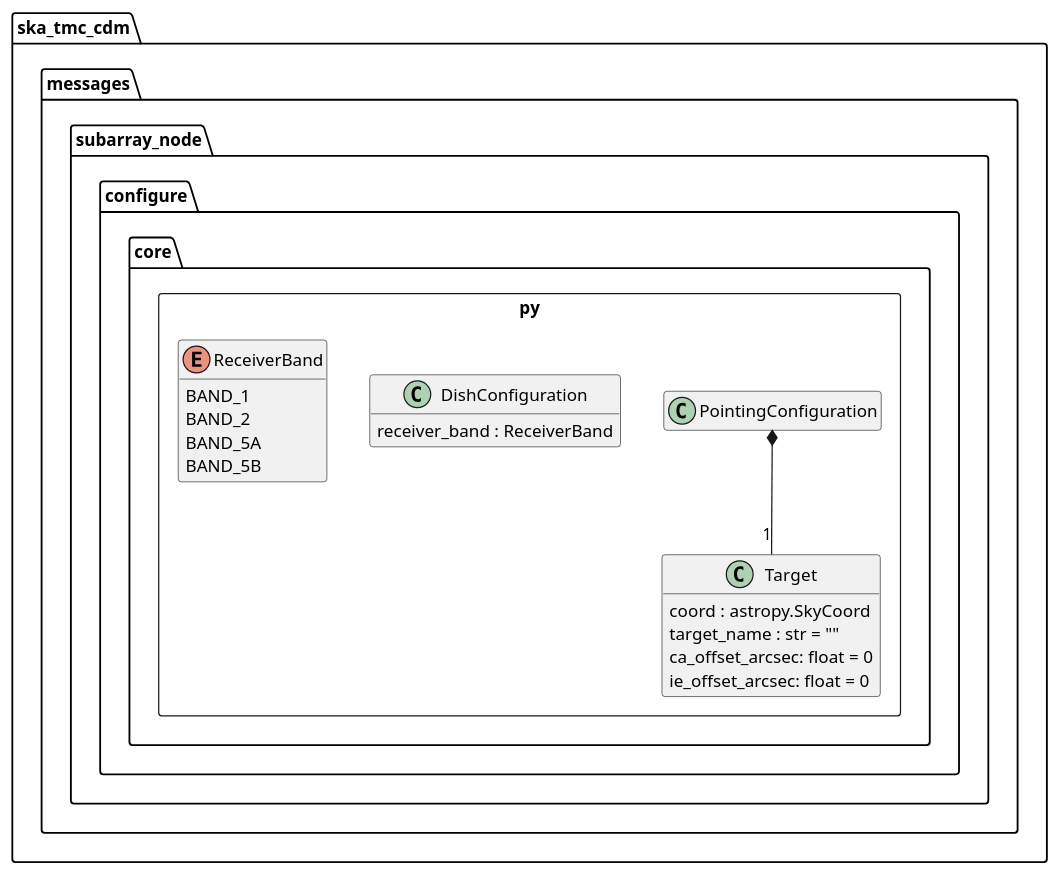
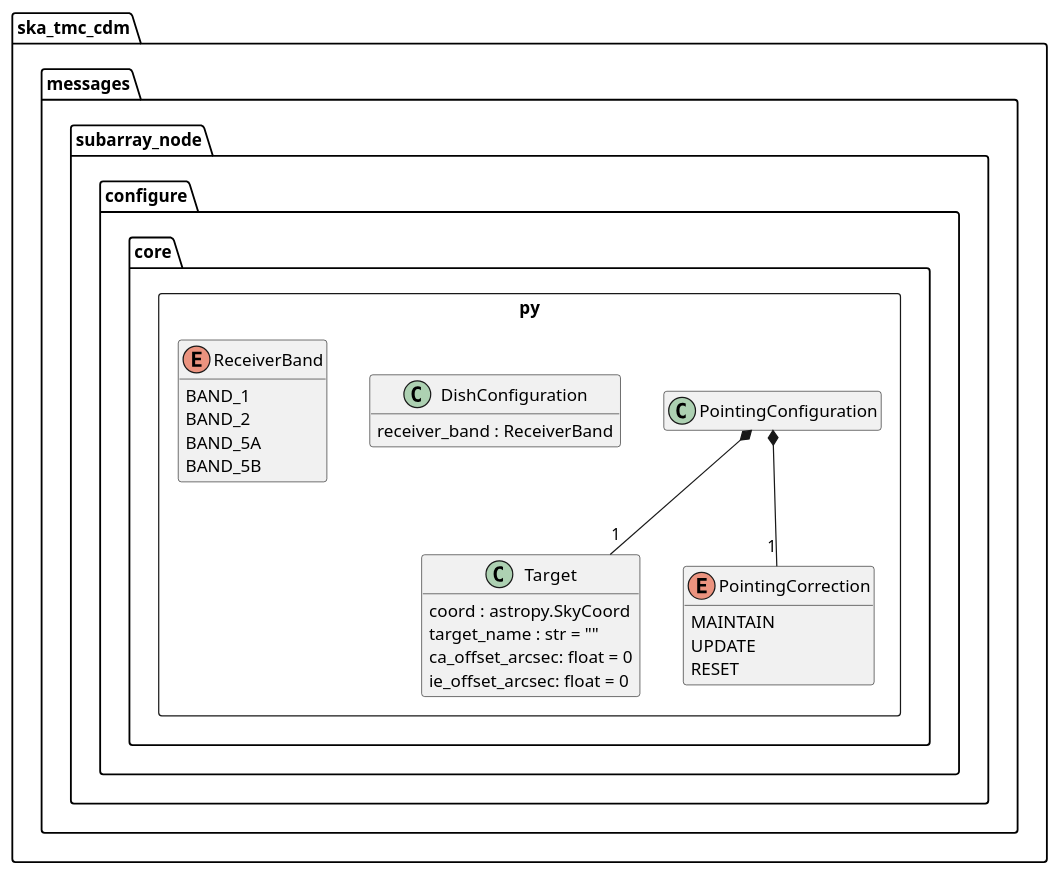
The diagram in docs/src/developer/subarraynode/core.puml (ska-telescope/cdm-shared-library), drawn with PlantUML before and after one commit. The commit also changed 3 other files, not shown here.

```diff
--- a/docs/src/developer/subarraynode/core.puml
+++ b/docs/src/developer/subarraynode/core.puml
@@ -1,33 +1,40 @@
 @startuml
 hide empty members
 
 package ska_tmc_cdm.messages.subarray_node.configure {
 
 	package core.py <<Rectangle>> {
 
 		class Target {
 			coord : astropy.SkyCoord
 			target_name : str = ""
 			ca_offset_arcsec: float = 0
 			ie_offset_arcsec: float = 0
 		}
 
+		enum PointingCorrection {
+			MAINTAIN
+			UPDATE
+			RESET
+		}
+
 		class PointingConfiguration
 		PointingConfiguration *-- "1" Target
+		PointingConfiguration *-- "1" PointingCorrection
 
 		class DishConfiguration {
 			receiver_band : ReceiverBand
 		}
 
 		enum ReceiverBand {
 			BAND_1
 			BAND_2
 			BAND_5A
 			BAND_5B
 		}
 
 	}
 
 }
 
 @enduml
```
